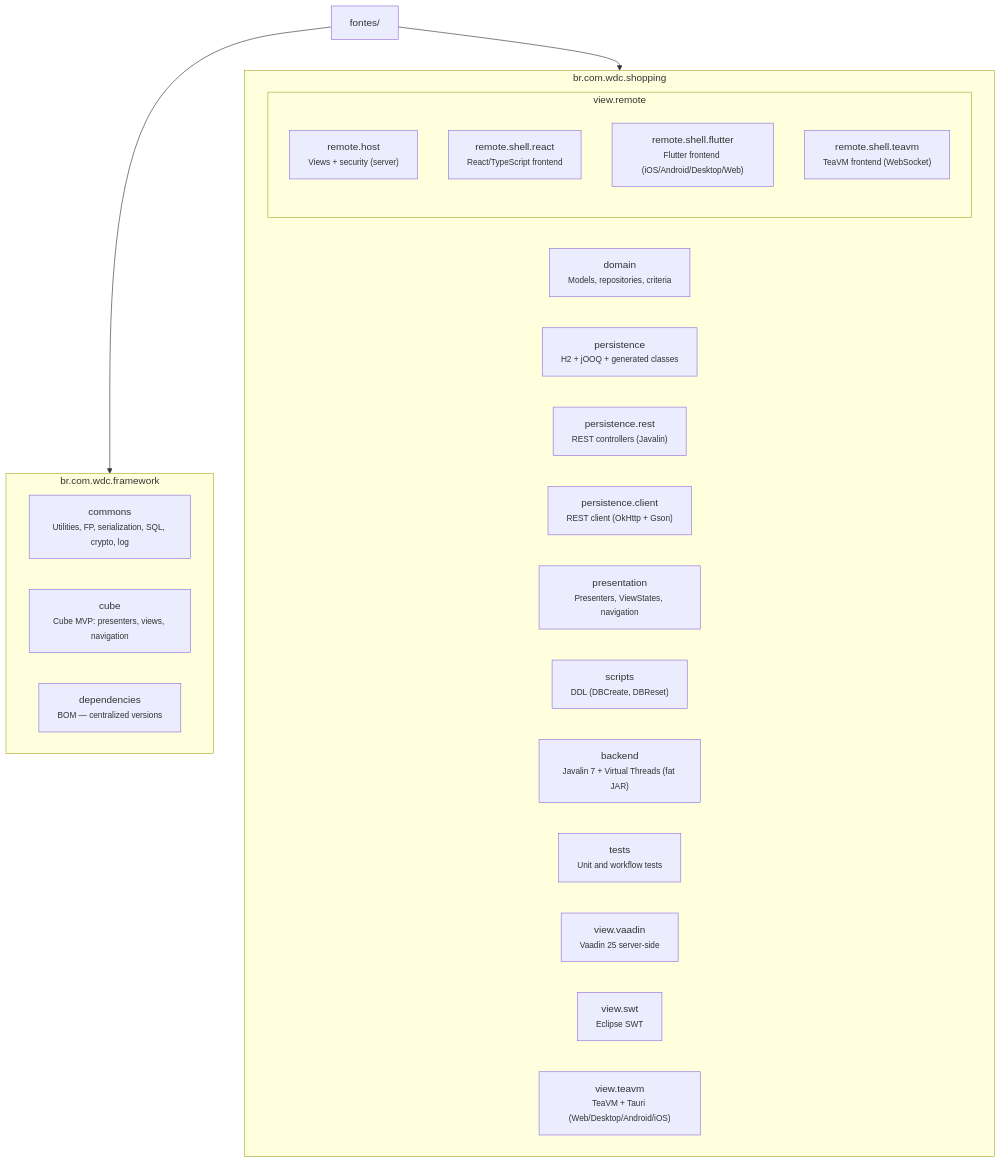
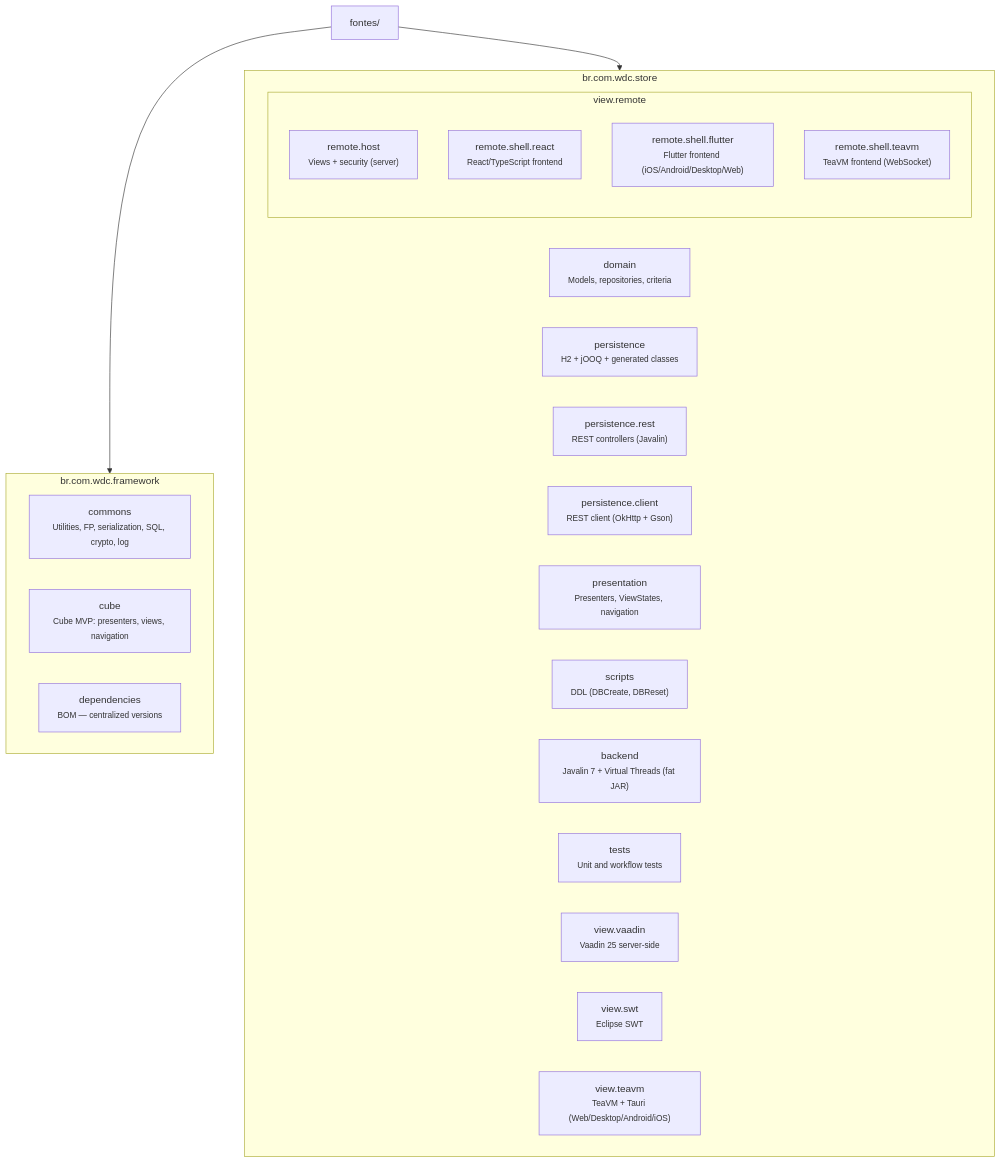
Before and after one commit to mrcdom/wdc-cube-java-v2: the second of 3 diagrams in README.md, drawn with Mermaid. The commit also changed other lines of this file and 1335 other files, not shown here.

First line of the commit message:
♻️ [REFACTOR] br.com.wdc.shopping becomes br.com.wdc.store

````diff
--- a/README.md
+++ b/README.md
@@ -59,35 +59,35 @@
 ```mermaid
 graph TD
     fontes["fontes/"]
 
     subgraph Framework["br.com.wdc.framework"]
         commons["commons<br/><small>Utilities, FP, serialization, SQL, crypto, log</small>"]
         cube["cube<br/><small>Cube MVP: presenters, views, navigation</small>"]
         deps["dependencies<br/><small>BOM — centralized versions</small>"]
     end
 
-    subgraph Shopping["br.com.wdc.shopping"]
+    subgraph Store["br.com.wdc.store"]
         domain["domain<br/><small>Models, repositories, criteria</small>"]
         persistence["persistence<br/><small>H2 + jOOQ + generated classes</small>"]
         persistRest["persistence.rest<br/><small>REST controllers (Javalin)</small>"]
         persistClient["persistence.client<br/><small>REST client (OkHttp + Gson)</small>"]
         presentation["presentation<br/><small>Presenters, ViewStates, navigation</small>"]
         scripts["scripts<br/><small>DDL (DBCreate, DBReset)</small>"]
         backend["backend<br/><small>Javalin 7 + Virtual Threads (fat JAR)</small>"]
         tests["tests<br/><small>Unit and workflow tests</small>"]
 
         subgraph ViewReact["view.remote"]
             reactHost["remote.host<br/><small>Views + security (server)</small>"]
             reactShellReact["remote.shell.react<br/><small>React/TypeScript frontend</small>"]
             reactShellFlutter["remote.shell.flutter<br/><small>Flutter frontend (iOS/Android/Desktop/Web)</small>"]
             reactShellTeavm["remote.shell.teavm<br/><small>TeaVM frontend (WebSocket)</small>"]
         end
 
         viewVaadin["view.vaadin<br/><small>Vaadin 25 server-side</small>"]
         viewSwt["view.swt<br/><small>Eclipse SWT</small>"]
         viewTeavm["view.teavm<br/><small>TeaVM + Tauri (Web/Desktop/Android/iOS)</small>"]
     end
 
     fontes --> Framework
-    fontes --> Shopping
+    fontes --> Store
 ```
````
